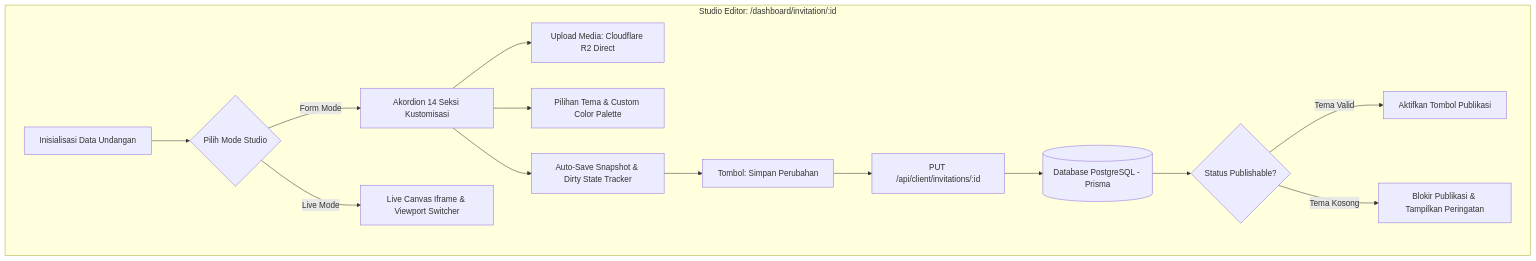
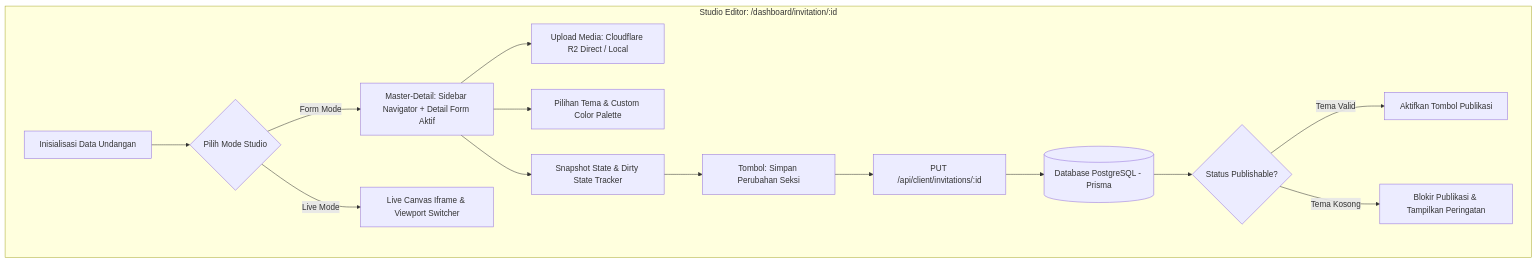
The diagram in docs/client/TAHAP_STUDIO_EDITOR_UNDANGAN.md (armansyam/luxenary-invite), drawn with Mermaid before and after one commit. The commit also changed other lines of this file and 69 other files, not shown here.

````diff
--- a/docs/client/TAHAP_STUDIO_EDITOR_UNDANGAN.md
+++ b/docs/client/TAHAP_STUDIO_EDITOR_UNDANGAN.md
@@ -14,20 +17,20 @@
 ```mermaid
 flowchart TD
     subgraph ClientWorkspace [Studio Editor: /dashboard/invitation/:id]
         A[Inisialisasi Data Undangan] --> B{Pilih Mode Studio}
-        B -->|Form Mode| C[Akordion 14 Seksi Kustomisasi]
+        B -->|Form Mode| C[Master-Detail: Sidebar Navigator + Detail Form Aktif]
         B -->|Live Mode| D[Live Canvas Iframe & Viewport Switcher]
         
-        C --> E[Upload Media: Cloudflare R2 Direct]
+        C --> E[Upload Media: Cloudflare R2 Direct / Local]
         C --> F[Pilihan Tema & Custom Color Palette]
-        C --> G[Auto-Save Snapshot & Dirty State Tracker]
+        C --> G[Snapshot State & Dirty State Tracker]
         
-        G --> H[Tombol: Simpan Perubahan]
+        G --> H[Tombol: Simpan Perubahan Seksi]
         H --> I[PUT /api/client/invitations/:id]
         I --> J[(Database PostgreSQL - Prisma)]
         
         J --> K{Status Publishable?}
         K -->|Tema Valid| L[Aktifkan Tombol Publikasi]
         K -->|Tema Kosong| M[Blokir Publikasi & Tampilkan Peringatan]
     end
 ```
````
